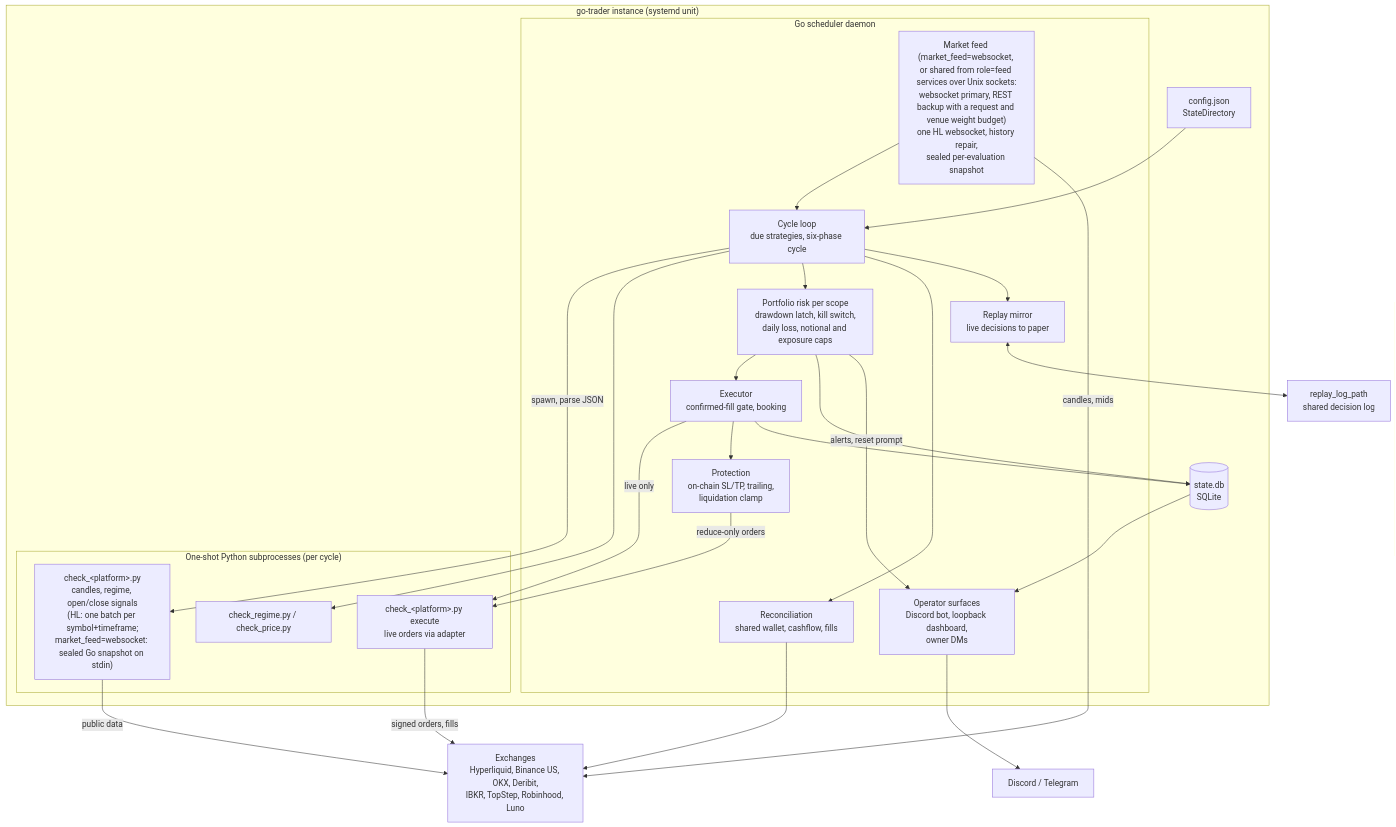
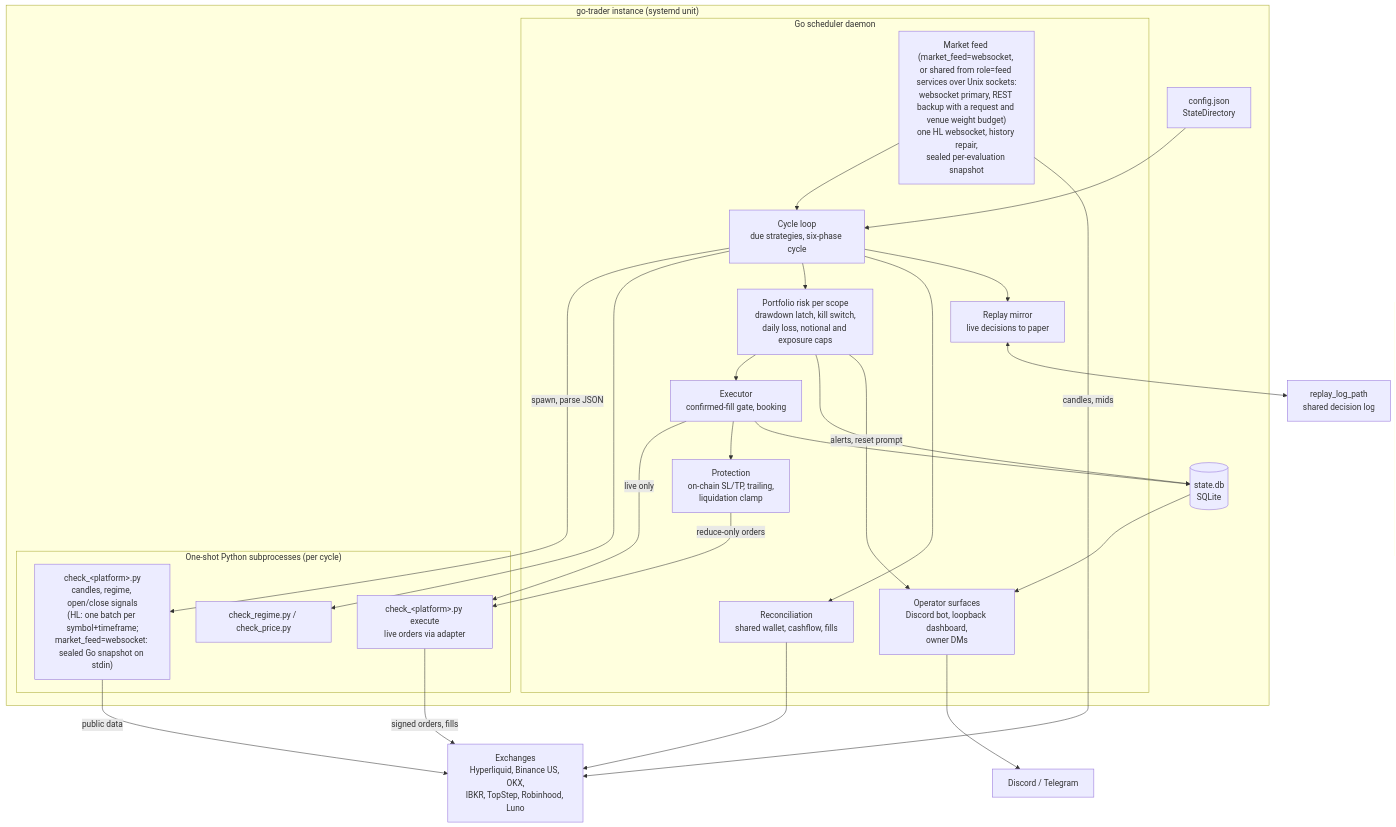
Before and after one commit to richkuo/go-trader: the diagram in README.md, drawn with Mermaid. The commit also changed other lines of this file and 64 other files, not shown here.

````diff
--- a/README.md
+++ b/README.md
@@ -105,46 +105,46 @@
 ```mermaid
 flowchart TB
     subgraph Instance["go-trader instance (systemd unit)"]
         CFG["config.json<br/>StateDirectory"]
         DB[("state.db<br/>SQLite")]
         subgraph Daemon["Go scheduler daemon"]
             LOOP["Cycle loop<br/>due strategies, six-phase cycle"]
             RISK["Portfolio risk per scope<br/>drawdown latch, kill switch,<br/>daily loss, notional and exposure caps"]
             EXEC["Executor<br/>confirmed-fill gate, booking"]
             PROT["Protection<br/>on-chain SL/TP, trailing,<br/>liquidation clamp"]
             RECON["Reconciliation<br/>shared wallet, cashflow, fills"]
             MIRROR["Replay mirror<br/>live decisions to paper"]
             FEED["Market feed (market_feed=websocket, or shared from role=feed services over Unix sockets:<br/>websocket primary, REST backup with a request and venue weight budget)<br/>one HL websocket, history repair,<br/>sealed per-evaluation snapshot"]
             OPS["Operator surfaces<br/>Discord bot, loopback dashboard,<br/>owner DMs"]
         end
         subgraph Py["One-shot Python subprocesses (per cycle)"]
             CHECK["check_&lt;platform&gt;.py<br/>candles, regime, open/close signals<br/>(HL: one batch per symbol+timeframe;<br/>market_feed=websocket: sealed Go snapshot on stdin)"]
             XQ["check_&lt;platform&gt;.py execute<br/>live orders via adapter"]
             REG["check_regime.py / check_price.py"]
         end
     end
-    EXCH["Exchanges<br/>Hyperliquid, Binance US, OKX, Deribit,<br/>IBKR, TopStep, Robinhood, Luno"]
+    EXCH["Exchanges<br/>Hyperliquid, Binance US, OKX,<br/>IBKR, TopStep, Robinhood, Luno"]
     DISC["Discord / Telegram"]
     LOG["replay_log_path<br/>shared decision log"]
 
     CFG --> LOOP
     FEED --> LOOP
     FEED -->|candles, mids| EXCH
     LOOP -->|spawn, parse JSON| CHECK
     LOOP --> REG
     LOOP --> RISK --> EXEC
     EXEC -->|live only| XQ
     EXEC --> PROT
     PROT -->|reduce-only orders| XQ
     CHECK -->|public data| EXCH
     XQ -->|signed orders, fills| EXCH
     RECON --> EXCH
     LOOP --> RECON
     EXEC --> DB
     RISK --> DB
     LOOP --> MIRROR
     MIRROR <--> LOG
     OPS --> DISC
     RISK -->|alerts, reset prompt| OPS
     DB --> OPS
 ```
````
